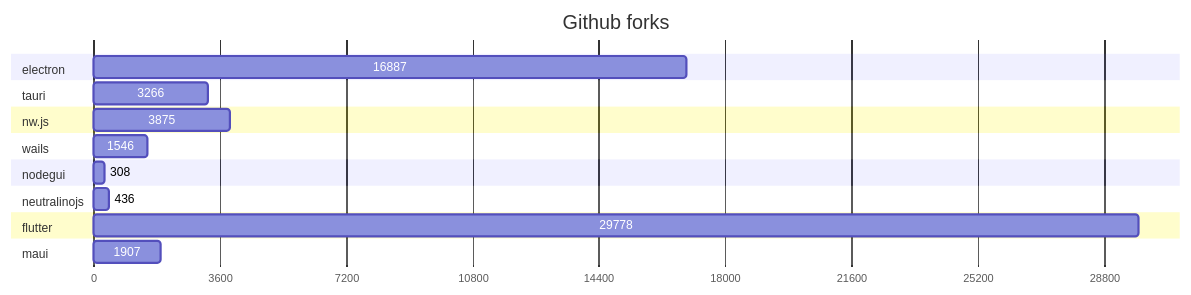
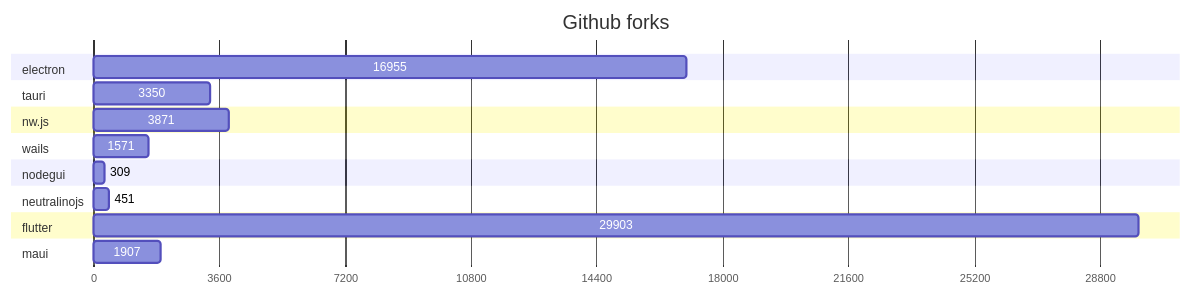
Before and after one commit to Elanis/web-to-desktop-framework-comparison: the second of 2 diagrams in GRAPHS.md, drawn with Mermaid. The commit also changed other lines of this file and 2 other files, not shown here.

````diff
--- a/GRAPHS.md
+++ b/GRAPHS.md
@@ -47,40 +47,40 @@
 ```mermaid
 gantt
     title Github forks
     dateFormat  X
     axisFormat %s
 
 
 	section electron
-	16887 : 0, 16887
+	16955 : 0, 16955
 
 	
 	section tauri
-	3266 : 0, 3266
+	3350 : 0, 3350
 
 	
 	section nw.js
-	3875 : 0, 3875
+	3871 : 0, 3871
 
 	
 	section wails
-	1546 : 0, 1546
+	1571 : 0, 1571
 
 	
 	section nodegui
-	308 : 0, 308
+	309 : 0, 309
 
 	
 	section neutralinojs
-	436 : 0, 436
+	451 : 0, 451
 
 	
 	section flutter
-	29778 : 0, 29778
+	29903 : 0, 29903
 
 	
 	section maui
 	1907 : 0, 1907
 
 	
 ```
````
